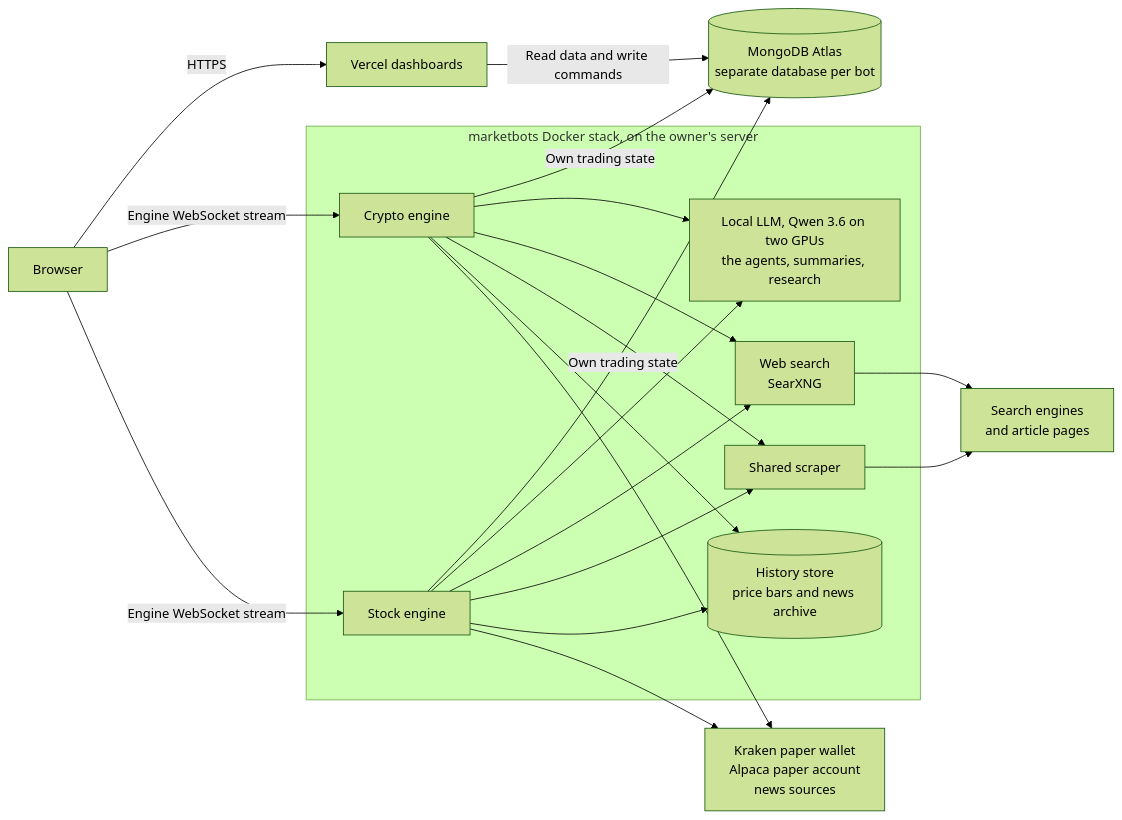
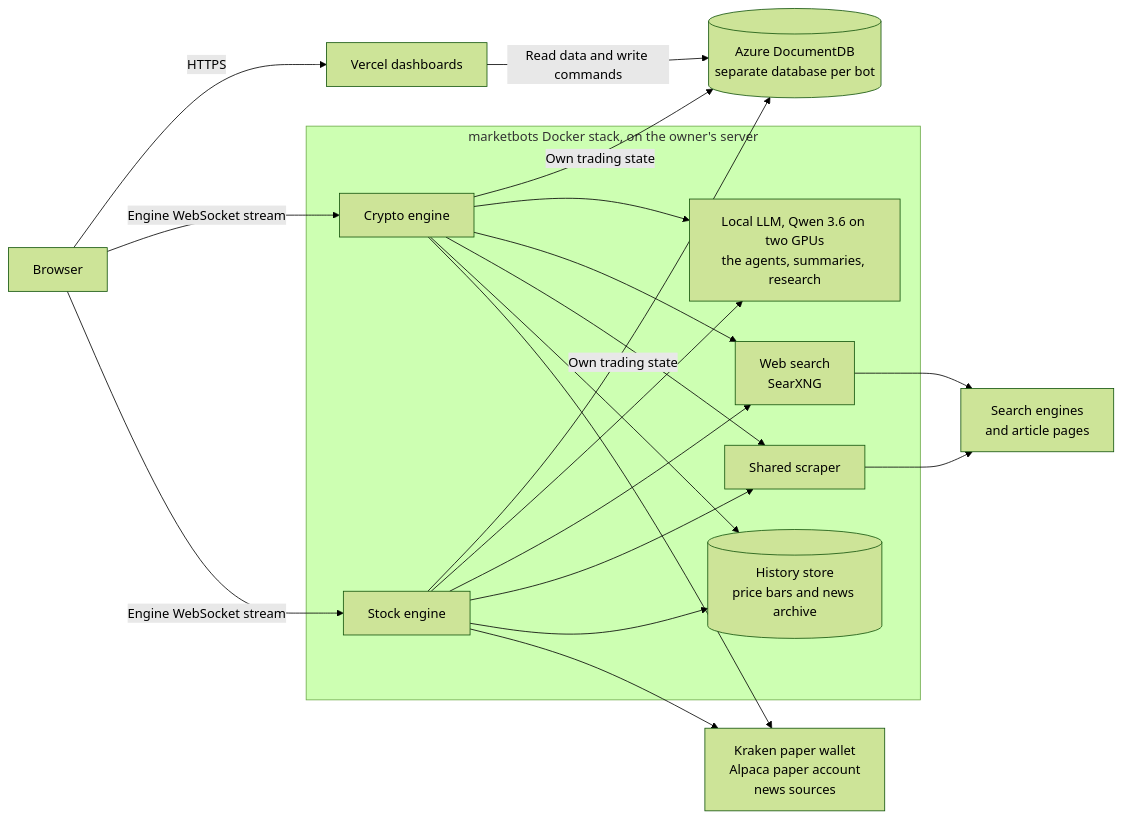
Before and after one commit to colinfran/marketbots: the second of 2 diagrams in README.md, drawn with Mermaid (forest theme). The commit also changed other lines of this file and 19 other files, not shown here.

````diff
--- a/README.md
+++ b/README.md
@@ -38,30 +38,30 @@
 ```mermaid
 flowchart LR
     browser[Browser]
     dashboards[Vercel dashboards]
-    atlas[(MongoDB Atlas<br/>separate database per bot)]
+    db[(Azure DocumentDB<br/>separate database per bot)]
     services[Kraken paper wallet<br/>Alpaca paper account<br/>news sources]
     internet[Search engines<br/>and article pages]
 
     subgraph server["marketbots Docker stack, on the owner's server"]
         crypto[Crypto engine]
         stock[Stock engine]
         llm[Local LLM, Qwen 3.6 on two GPUs<br/>the agents, summaries, research]
         search[Web search<br/>SearXNG]
         scraper[Shared scraper]
         history[(History store<br/>price bars and news archive)]
     end
 
     browser -->|HTTPS| dashboards
-    dashboards -->|Read data and write commands| atlas
+    dashboards -->|Read data and write commands| db
     browser -->|Engine WebSocket stream| crypto
     browser -->|Engine WebSocket stream| stock
-    crypto -->|Own trading state| atlas
-    stock -->|Own trading state| atlas
+    crypto -->|Own trading state| db
+    stock -->|Own trading state| db
     crypto & stock --> llm
     crypto & stock --> search
     crypto & stock --> scraper
     crypto & stock --> history
     crypto & stock --> services
     search & scraper --> internet
 ```
````
